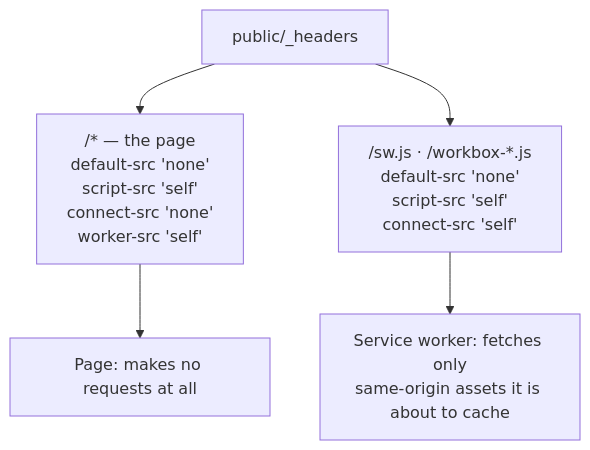
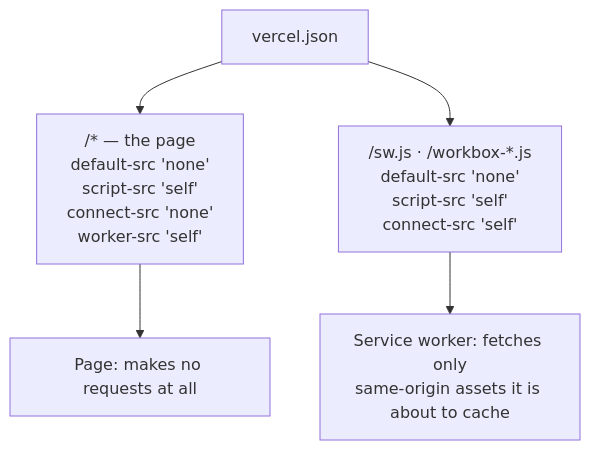
Before and after one commit to theunknown107/syntaxlab: the sixth of 8 diagrams in docs/05_SECURITY.md, drawn with Mermaid. The commit also changed other lines of this file and 7 other files, not shown here.

````diff
--- a/docs/05_SECURITY.md
+++ b/docs/05_SECURITY.md
@@ -662,8 +662,8 @@
 ```mermaid
 flowchart TB
-    H["public/_headers"]
+    H["vercel.json"]
     H --> P["/*  — the page<br/>default-src 'none'<br/>script-src 'self'<br/>connect-src 'none'<br/>worker-src 'self'"]
     H --> S["/sw.js · /workbox-*.js<br/>default-src 'none'<br/>script-src 'self'<br/>connect-src 'self'"]
     P --> PAGE["Page: makes no requests at all"]
     S --> SW["Service worker: fetches only<br/>same-origin assets it is about to cache"]
 ```
````
